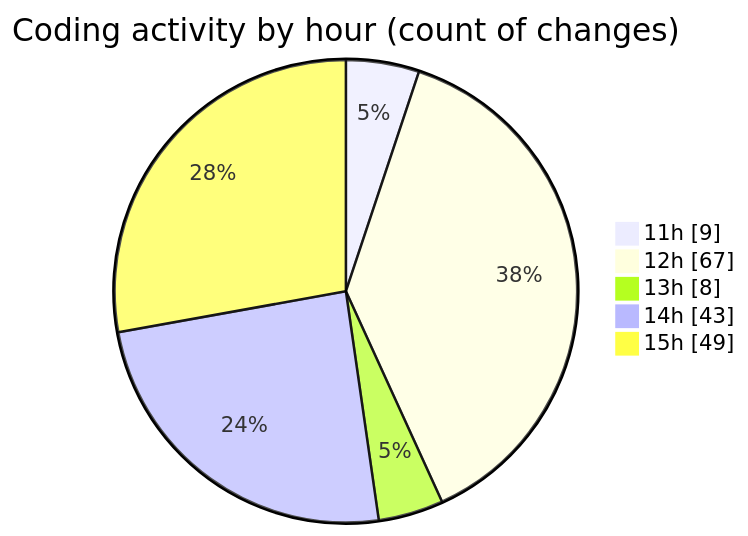
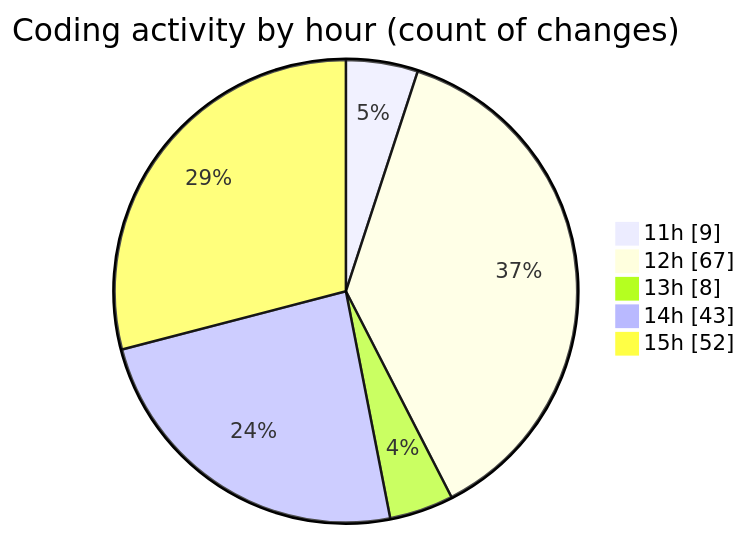
Before and after one commit to nxtqubesakshisongat/code-tracking: the second of 2 diagrams in 2026-08-23/nxtqube_webapp/README.md, drawn with Mermaid. The commit also changed other lines of this file and 1 other file, not shown here.

````diff
--- a/2026-08-23/nxtqube_webapp/README.md
+++ b/2026-08-23/nxtqube_webapp/README.md
@@ -85,9 +86,9 @@
 ```mermaid
 pie showData
 title Coding activity by hour (count of changes)
 "11h" : 9
 "12h" : 67
 "13h" : 8
 "14h" : 43
-"15h" : 49
+"15h" : 52
 ```
````
